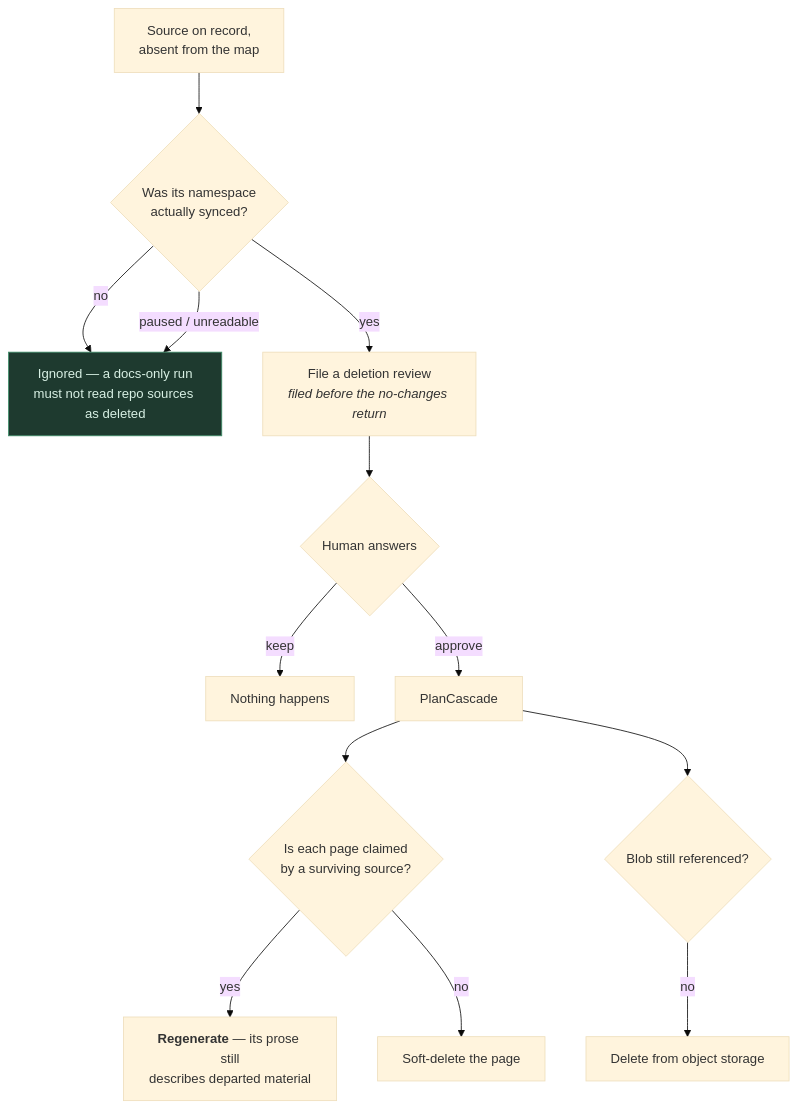
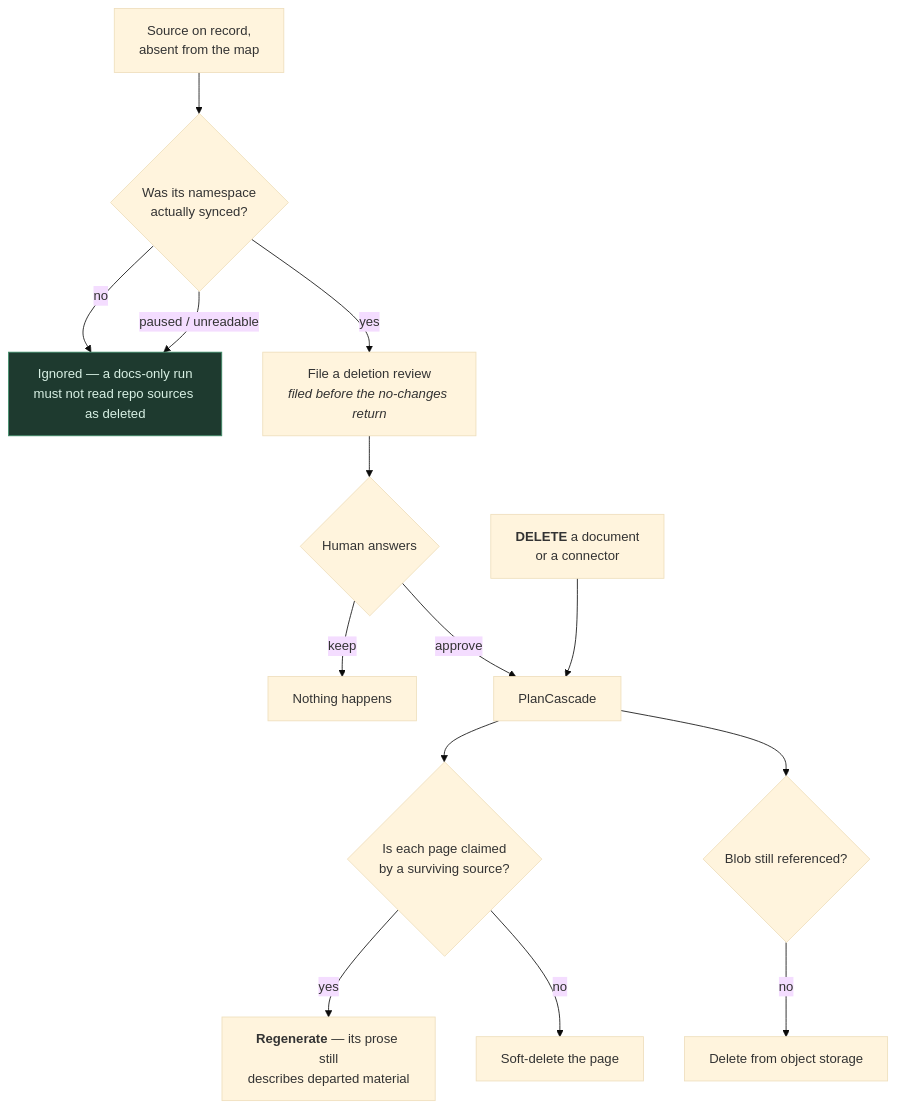
One commit to daiwa-zou/kiln changed diagram 11 of 16 in docs/architecture.md. Above: the diagram before and after it, drawn with Mermaid (base theme). The commit also changed other lines of this file and 19 other files, not shown here.

````diff
--- a/docs/architecture.md
+++ b/docs/architecture.md
@@ -561,18 +568,20 @@
 ```mermaid
 flowchart TD
     Gone["Source on record,<br/>absent from the map"] --> NS{"Was its namespace<br/>actually synced?"}
     NS -->|"no"| Ignore["Ignored — a docs-only run<br/>must not read repo sources as deleted"]
     NS -->|"paused / unreadable"| Ignore
     NS -->|"yes"| Review["File a deletion review<br/><i>filed before the no-changes return</i>"]
     Review --> Human{"Human answers"}
     Human -->|"keep"| Nothing["Nothing happens"]
     Human -->|"approve"| Cascade["PlanCascade"]
 
+    Explicit["<b>DELETE</b> a document<br/>or a connector"] --> Cascade
+
     Cascade --> RC{"Is each page claimed<br/>by a surviving source?"}
     RC -->|"yes"| Regen["<b>Regenerate</b> — its prose still<br/>describes departed material"]
     RC -->|"no"| Del["Soft-delete the page"]
     Cascade --> BC{"Blob still referenced?"}
     BC -->|"no"| DelB["Delete from object storage"]
 
     style Ignore fill:#1e3a2f,stroke:#3f8f6a,color:#d8f0e4
 ```
````
